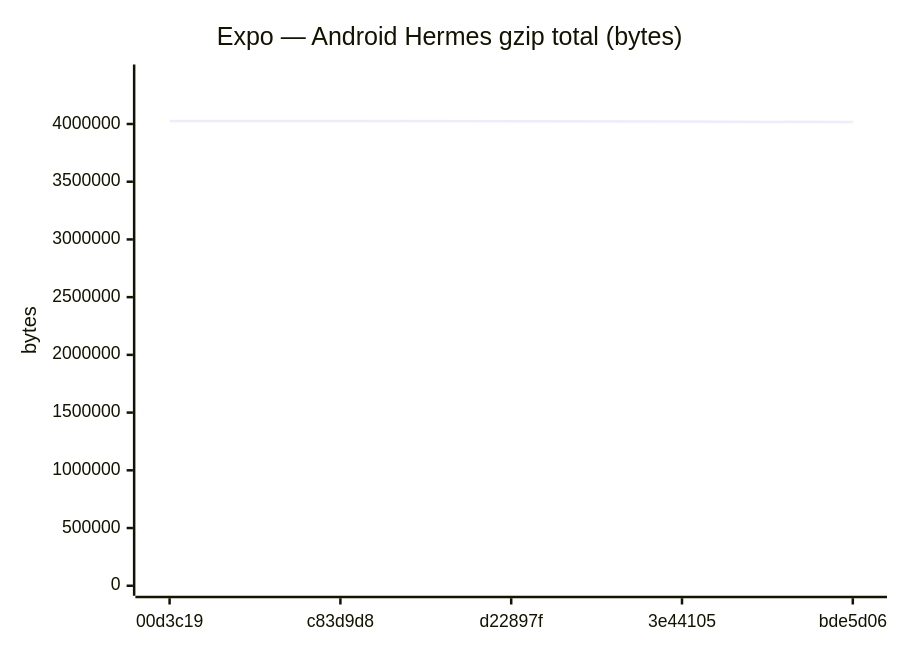
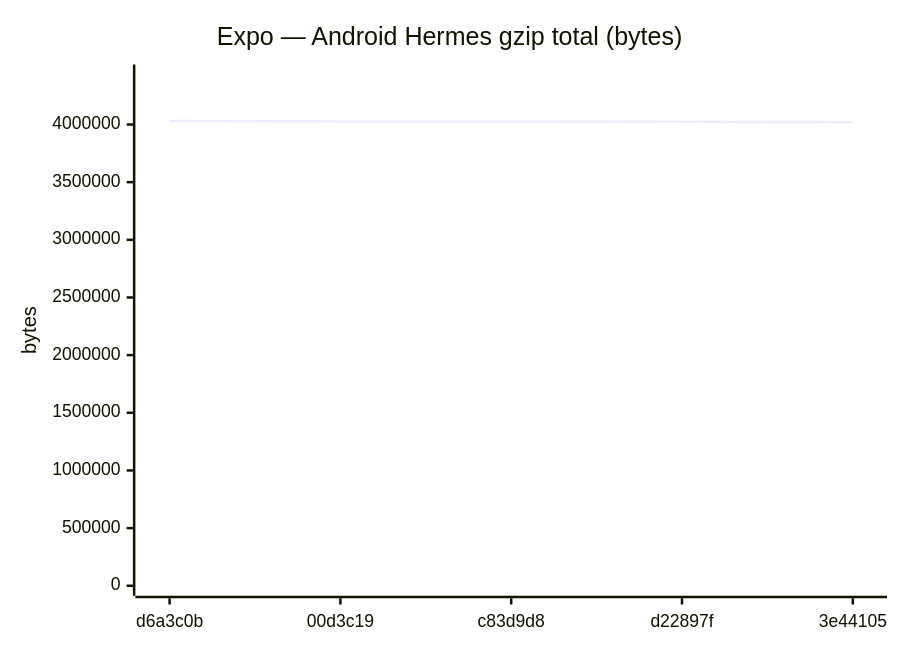
Diagram 11 of 18 in benchmarks/compare.md (Metaheurist/Rianell), drawn with Mermaid before and after one commit. The commit also changed other lines of this file and 11 other files, not shown here.

````diff
--- a/benchmarks/compare.md
+++ b/benchmarks/compare.md
@@ -172,7 +172,7 @@
 ```mermaid
 xychart-beta
     title "Expo — Android Hermes gzip total (bytes)"
-    x-axis ["00d3c19", "c83d9d8", "d22897f", "3e44105", "bde5d06"]
-    y-axis "bytes" 0 --> 4428693
-    line [4025609, 4026084, 4023969, 4020690, 4016661]
+    x-axis ["d6a3c0b", "00d3c19", "c83d9d8", "d22897f", "3e44105"]
+    y-axis "bytes" 0 --> 4433703
+    line [4030639, 4025609, 4026084, 4023969, 4020690]
 ```
````
